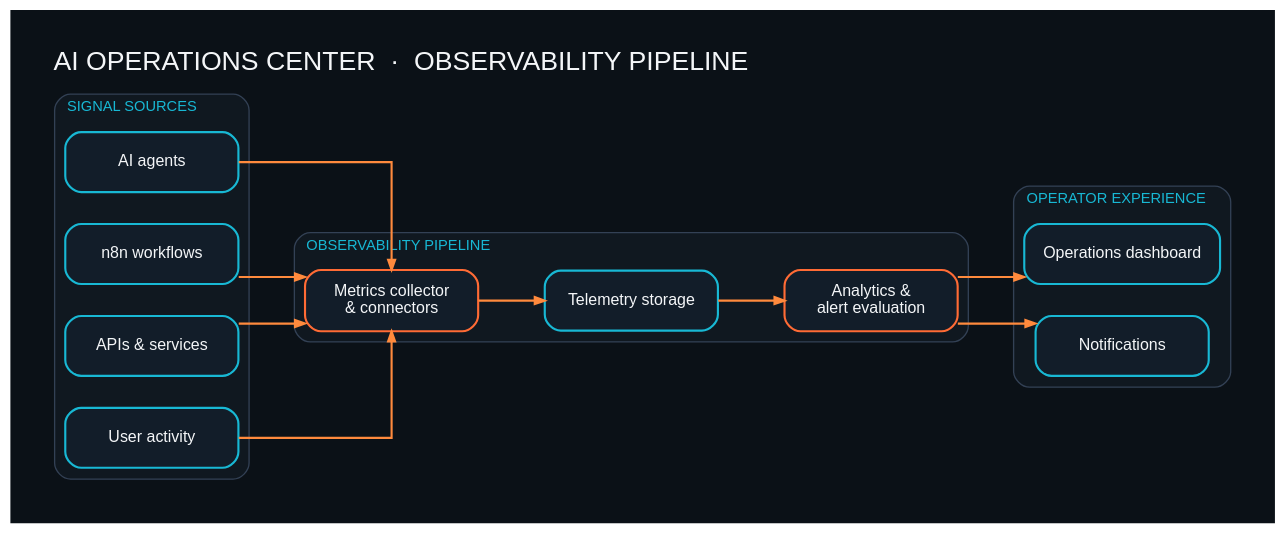
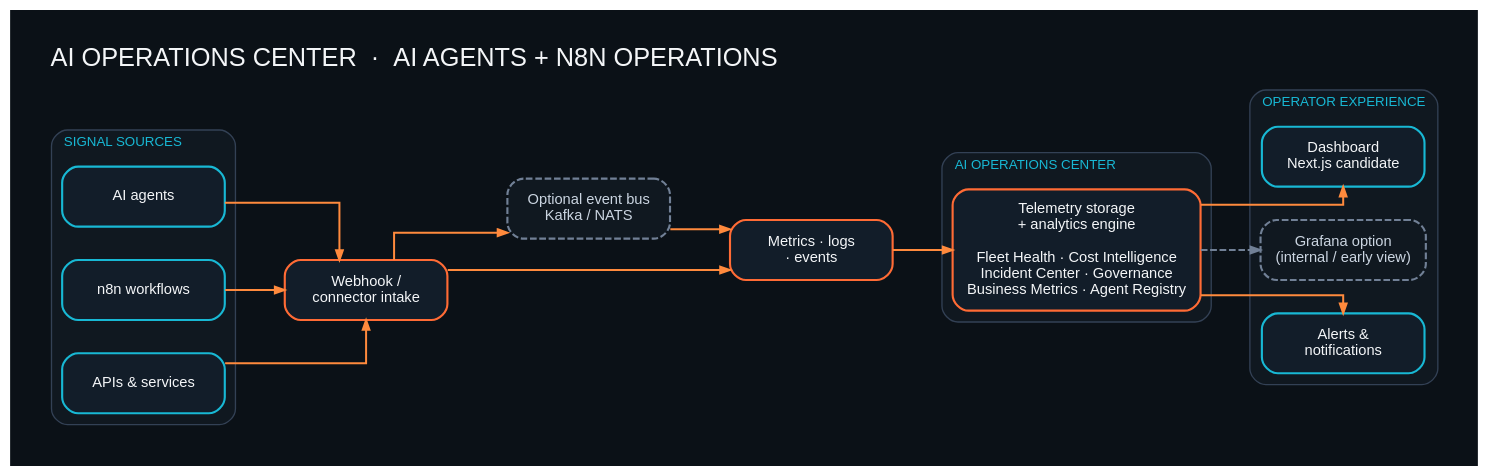
Before and after one commit to EdgeAgent/ai-operations-center: the diagram in diagrams/architecture.dot, drawn with Graphviz. The commit also changed 4 other files, not shown here.

```diff
--- a/diagrams/architecture.dot
+++ b/diagrams/architecture.dot
@@ -1,29 +1,33 @@
 digraph ai_ops_center {
-  graph [rankdir=LR, bgcolor="#0b1117", pad="0.35", nodesep="0.34", ranksep="0.70", splines=ortho, fontname="Arial", fontsize=20, fontcolor="#f4f6f8", label="AI OPERATIONS CENTER  ·  OBSERVABILITY PIPELINE", labelloc=t, labeljust=l];
-  node [shape=box, style="rounded,filled", fillcolor="#121d29", color="#ff6b35", penwidth=1.6, fontname="Arial", fontsize=12, fontcolor="#f4f6f8", margin="0.20,0.14", width=1.8, height=0.62];
-  edge [color="#ff8a3d", penwidth=1.6, arrowsize=0.75];
-  subgraph cluster_sources { label="SIGNAL SOURCES"; style="rounded,filled"; color="#334155"; fillcolor="#101820"; fontname="Arial"; fontsize=11; fontcolor="#18b8d4";
+  graph [rankdir=LR, bgcolor="#0b1117", pad="0.32", nodesep="0.35", ranksep="0.62", splines=ortho, fontname="Arial", fontsize=19, fontcolor="#f4f6f8", label="AI OPERATIONS CENTER  ·  AI AGENTS + N8N OPERATIONS", labelloc=t, labeljust=l];
+  node [shape=box, style="rounded,filled", fillcolor="#121d29", color="#ff6b35", penwidth=1.6, fontname="Arial", fontsize=11, fontcolor="#f4f6f8", margin="0.17,0.13", width=1.7, height=0.62];
+  edge [color="#ff8a3d", penwidth=1.5, arrowsize=0.72];
+  subgraph cluster_sources { label="SIGNAL SOURCES"; style="rounded,filled"; color="#334155"; fillcolor="#101820"; fontname="Arial"; fontsize=10; fontcolor="#18b8d4";
     agents [label="AI agents", color="#18b8d4"];
-    workflows [label="n8n workflows", color="#18b8d4"];
-    services [label="APIs & services", color="#18b8d4"];
-    activity [label="User activity", color="#18b8d4"];
-    {rank=same; agents; workflows; services; activity;}
+    n8n [label="n8n workflows", color="#18b8d4"];
+    apis [label="APIs & services", color="#18b8d4"];
+    {rank=same; agents; n8n; apis;}
   }
-  subgraph cluster_pipeline { label="OBSERVABILITY PIPELINE"; style="rounded,filled"; color="#334155"; fillcolor="#101820"; fontname="Arial"; fontsize=11; fontcolor="#18b8d4";
-    collector [label="Metrics collector\n& connectors"];
-    storage [label="Telemetry storage", color="#18b8d4"];
-    analytics [label="Analytics &\nalert evaluation"];
+  intake [label="Webhook /\nconnector intake"];
+  bus [label="Optional event bus\nKafka / NATS", style="rounded,dashed,filled", color="#718096", fillcolor="#101820", fontcolor="#cbd5e1"];
+  collect [label="Metrics · logs\n· events"];
+  subgraph cluster_center { label="AI OPERATIONS CENTER"; style="rounded,filled"; color="#334155"; fillcolor="#101820"; fontname="Arial"; fontsize=10; fontcolor="#18b8d4";
+    modules [label="Telemetry storage\n+ analytics engine\n\nFleet Health · Cost Intelligence\nIncident Center · Governance\nBusiness Metrics · Agent Registry"];
   }
-  subgraph cluster_outcomes { label="OPERATOR EXPERIENCE"; style="rounded,filled"; color="#334155"; fillcolor="#101820"; fontname="Arial"; fontsize=11; fontcolor="#18b8d4";
-    dashboard [label="Operations dashboard", color="#18b8d4"];
-    notify [label="Notifications", color="#18b8d4"];
-    {rank=same; dashboard; notify;}
+  subgraph cluster_outputs { label="OPERATOR EXPERIENCE"; style="rounded,filled"; color="#334155"; fillcolor="#101820"; fontname="Arial"; fontsize=10; fontcolor="#18b8d4";
+    ui [label="Dashboard\nNext.js candidate", color="#18b8d4"];
+    grafana [label="Grafana option\n(internal / early view)", style="rounded,dashed,filled", color="#718096", fillcolor="#101820", fontcolor="#cbd5e1"];
+    alerts [label="Alerts &\nnotifications", color="#18b8d4"];
+    {rank=same; ui; grafana; alerts;}
   }
-  agents -> collector;
-  workflows -> collector;
-  services -> collector;
-  activity -> collector;
-  collector -> storage -> analytics;
-  analytics -> dashboard;
-  analytics -> notify;
+  agents -> intake;
+  n8n -> intake;
+  apis -> intake;
+  intake -> bus;
+  intake -> collect;
+  bus -> collect;
+  collect -> modules;
+  modules -> ui;
+  modules -> grafana [style=dashed, color="#718096"];
+  modules -> alerts;
 }
```
